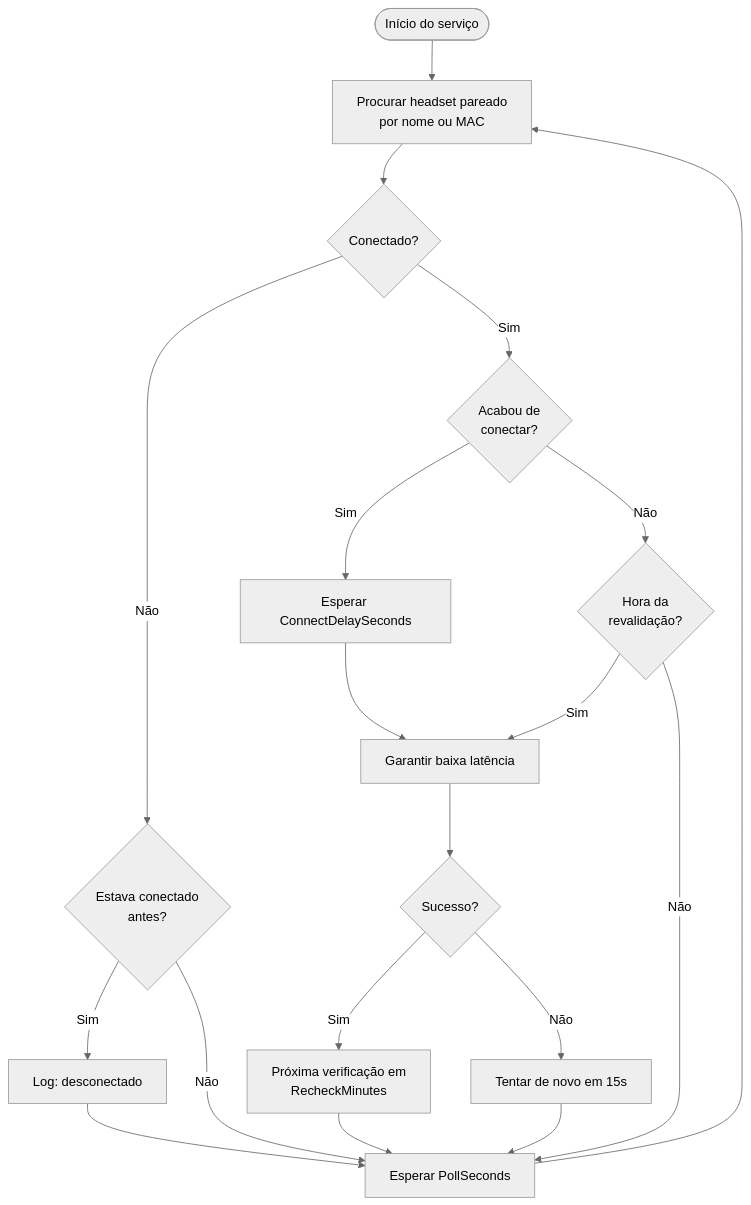
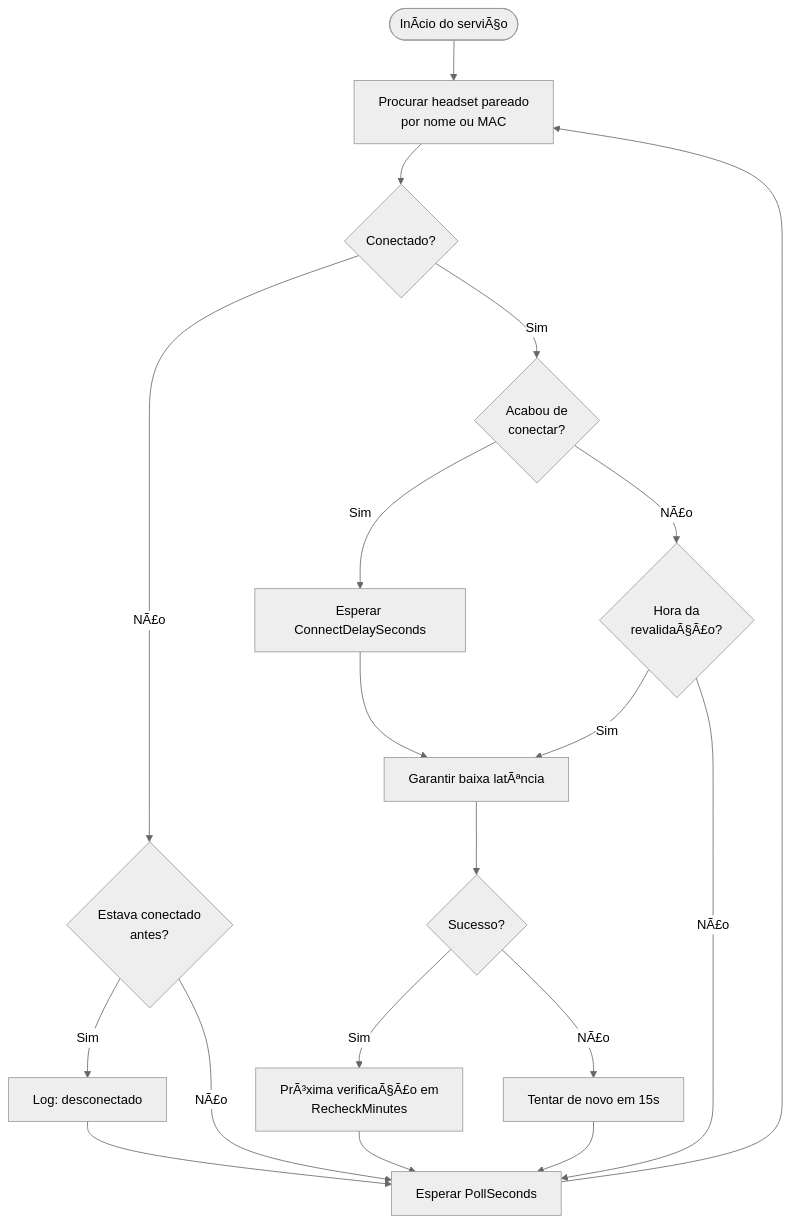
The second of 5 diagrams in README.md (leorr/headset-low-latency), drawn with Mermaid (neutral theme) before and after one commit. The commit also changed other lines of this file, not shown here.

````diff
--- a/README.md
+++ b/README.md
@@ -64,21 +64,21 @@
 ```mermaid
 flowchart TD
-    A([Início do serviço]) --> B[Procurar headset pareado<br/>por nome ou MAC]
+    A([InÃ­cio do serviÃ§o]) --> B[Procurar headset pareado<br/>por nome ou MAC]
     B --> C{Conectado?}
-    C -- Não --> D{Estava conectado<br/>antes?}
+    C -- NÃ£o --> D{Estava conectado<br/>antes?}
     D -- Sim --> E[Log: desconectado]
-    D -- Não --> W
+    D -- NÃ£o --> W
     E --> W
     C -- Sim --> F{Acabou de<br/>conectar?}
     F -- Sim --> G[Esperar ConnectDelaySeconds]
-    G --> H[Garantir baixa latência]
-    F -- Não --> I{Hora da<br/>revalidação?}
+    G --> H[Garantir baixa latÃªncia]
+    F -- NÃ£o --> I{Hora da<br/>revalidaÃ§Ã£o?}
     I -- Sim --> H
-    I -- Não --> W
+    I -- NÃ£o --> W
     H --> J{Sucesso?}
-    J -- Sim --> K[Próxima verificação em<br/>RecheckMinutes]
-    J -- Não --> L[Tentar de novo em 15s]
+    J -- Sim --> K[PrÃ³xima verificaÃ§Ã£o em<br/>RecheckMinutes]
+    J -- NÃ£o --> L[Tentar de novo em 15s]
     K --> W
     L --> W
     W[Esperar PollSeconds] --> B
 ```
````
